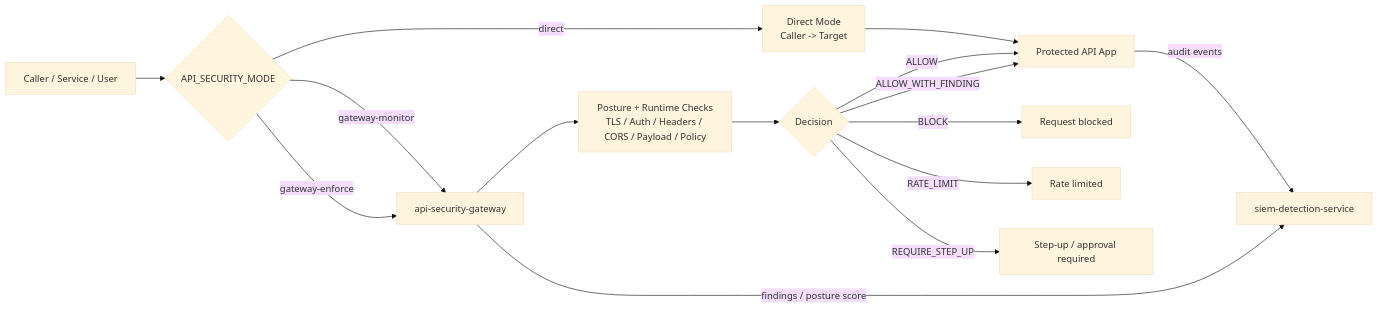
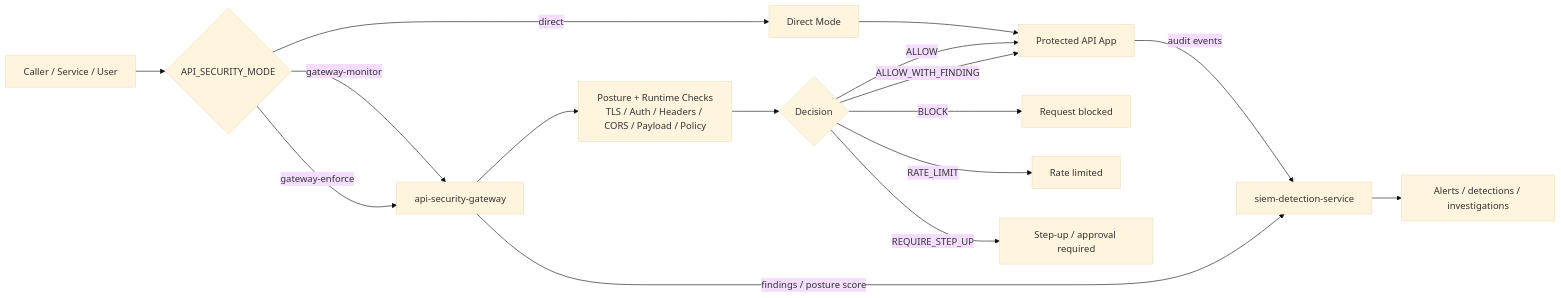
The fifth of 7 diagrams in docs/diagrams.md (i-m-rish/luffy), drawn with Mermaid (base theme) before and after one commit. The commit also changed other lines of this file, not shown here.

Commit message:
Trim global diagrams to system-level diagrams

````diff
--- a/docs/diagrams.md
+++ b/docs/diagrams.md
@@ -498,27 +158,27 @@
 ```mermaid
 flowchart LR
     CALLER[Caller / Service / User]
     MODE{API_SECURITY_MODE}
-    DIRECT[Direct Mode<br/>Caller -> Target]
+    DIRECT[Direct Mode]
     GATEWAY[api-security-gateway]
-    CHECKS[Posture + Runtime Checks<br/>TLS / Auth / Headers / CORS / Payload / Policy]
-    DECISION{Decision}
     TARGET[Protected API App]
     SIEM[siem-detection-service]
 
     CALLER --> MODE
     MODE -->|direct| DIRECT --> TARGET
     MODE -->|gateway-monitor| GATEWAY
     MODE -->|gateway-enforce| GATEWAY
 
-    GATEWAY --> CHECKS --> DECISION
+    GATEWAY --> CHECKS[Posture + Runtime Checks<br/>TLS / Auth / Headers / CORS / Payload / Policy]
+    CHECKS --> DECISION{Decision}
 
     DECISION -->|ALLOW| TARGET
     DECISION -->|ALLOW_WITH_FINDING| TARGET
     DECISION -->|BLOCK| BLOCKED[Request blocked]
     DECISION -->|RATE_LIMIT| LIMITED[Rate limited]
     DECISION -->|REQUIRE_STEP_UP| STEPUP[Step-up / approval required]
 
     GATEWAY -->|findings / posture score| SIEM
     TARGET -->|audit events| SIEM
+    SIEM --> ALERTS[Alerts / detections / investigations]
 ```
````
